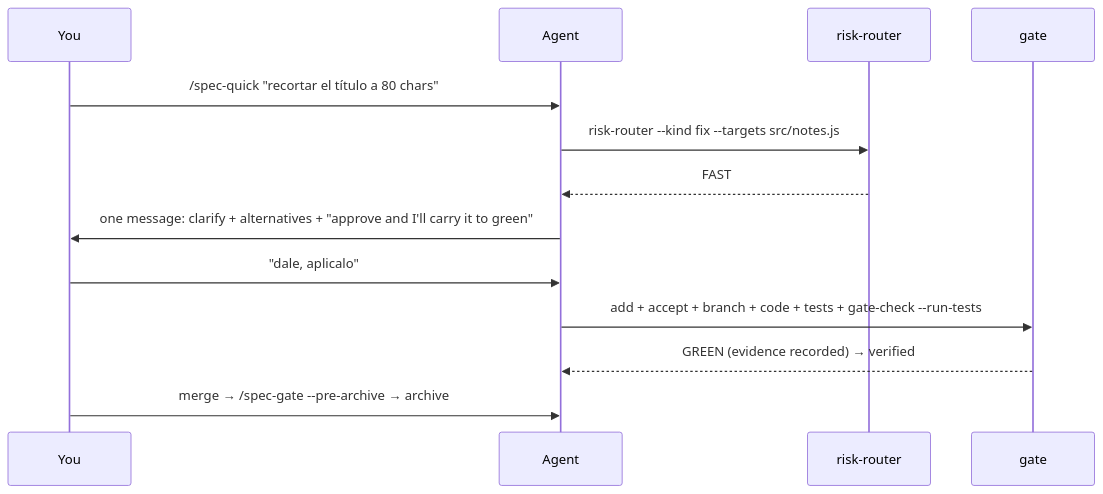
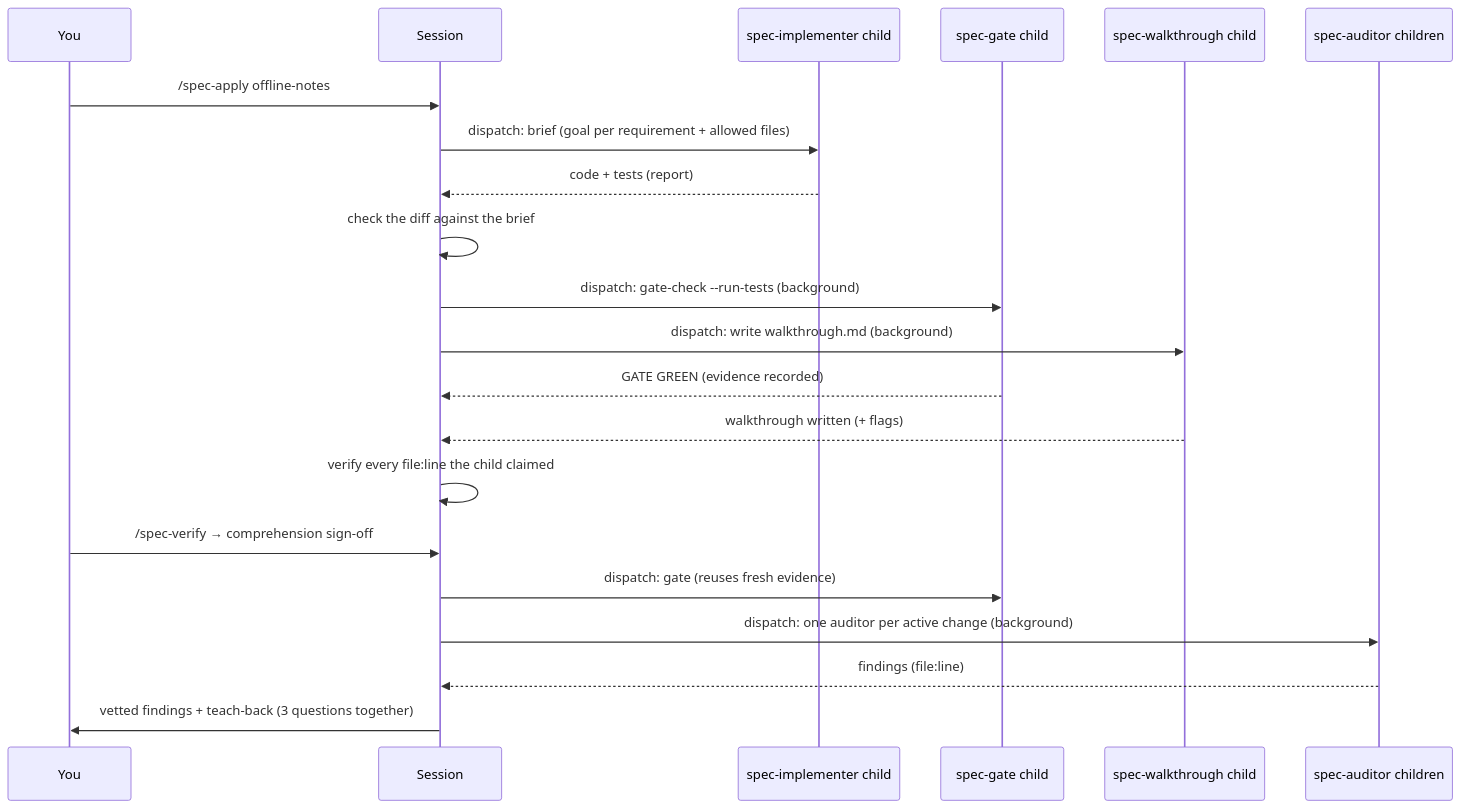
One commit to NicolasSchkurko/Spec-Growth changed the first of 3 diagrams in docs/workflows.md. Above: the diagram before and after it, drawn with Mermaid. The commit also changed other lines of this file and 20 other files, not shown here.

First line of the commit message:
feat(v1.5 prototype): apply/verify dispatch to scoped child sessions

````diff
--- a/docs/workflows.md
+++ b/docs/workflows.md
@@ -7,15 +7,23 @@
 ```mermaid
 sequenceDiagram
     participant Dev as You
-    participant Ag as Agent
-    participant R as risk-router
-    participant G as gate
-    Dev->>Ag: /spec-quick "recortar el título a 80 chars"
-    Ag->>R: risk-router --kind fix --targets src/notes.js
-    R-->>Ag: FAST
-    Ag->>Dev: one message: clarify + alternatives + "approve and I'll carry it to green"
-    Dev->>Ag: "dale, aplicalo"
-    Ag->>G: add + accept + branch + code + tests + gate-check --run-tests
-    G-->>Ag: GREEN (evidence recorded) → verified
-    Dev->>Ag: merge → /spec-gate --pre-archive → archive
+    participant Ag as Session
+    participant I as spec-implementer child
+    participant G as spec-gate child
+    participant W as spec-walkthrough child
+    participant A as spec-auditor children
+    Dev->>Ag: /spec-apply offline-notes
+    Ag->>I: dispatch: brief (goal per requirement + allowed files)
+    I-->>Ag: code + tests (report)
+    Ag->>Ag: check the diff against the brief
+    Ag->>G: dispatch: gate-check --run-tests (background)
+    Ag->>W: dispatch: write walkthrough.md (background)
+    G-->>Ag: GATE GREEN (evidence recorded)
+    W-->>Ag: walkthrough written (+ flags)
+    Ag->>Ag: verify every file:line the child claimed
+    Dev->>Ag: /spec-verify → comprehension sign-off
+    Ag->>G: dispatch: gate (reuses fresh evidence)
+    Ag->>A: dispatch: one auditor per active change (background)
+    A-->>Ag: findings (file:line)
+    Ag->>Dev: vetted findings + teach-back (3 questions together)
 ```
````
